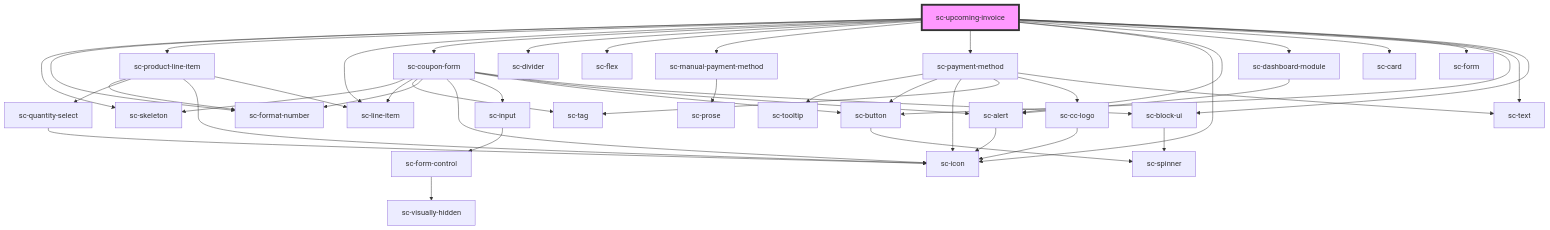
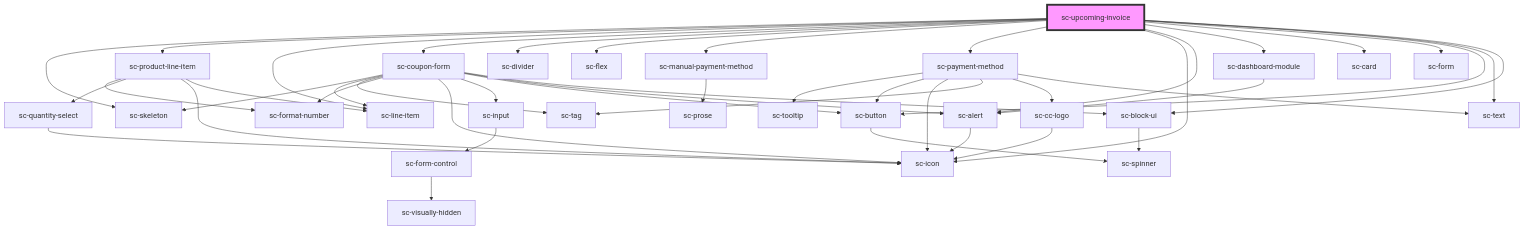
The diagram in packages/components/src/components/controllers/dashboard/upcoming-invoice/readme.md (surecart/surecart-wp-plugin), drawn with Mermaid before and after one commit. The commit also changed other lines of this file and 37 other files, not shown here.

````diff
--- a/packages/components/src/components/controllers/dashboard/upcoming-invoice/readme.md
+++ b/packages/components/src/components/controllers/dashboard/upcoming-invoice/readme.md
@@ -47,49 +46,48 @@
 ```mermaid
 graph TD;
   sc-upcoming-invoice --> sc-skeleton
-  sc-upcoming-invoice --> sc-format-number
   sc-upcoming-invoice --> sc-product-line-item
   sc-upcoming-invoice --> sc-line-item
   sc-upcoming-invoice --> sc-coupon-form
   sc-upcoming-invoice --> sc-divider
   sc-upcoming-invoice --> sc-flex
   sc-upcoming-invoice --> sc-manual-payment-method
   sc-upcoming-invoice --> sc-payment-method
   sc-upcoming-invoice --> sc-icon
   sc-upcoming-invoice --> sc-alert
   sc-upcoming-invoice --> sc-dashboard-module
   sc-upcoming-invoice --> sc-card
   sc-upcoming-invoice --> sc-form
   sc-upcoming-invoice --> sc-button
   sc-upcoming-invoice --> sc-text
   sc-upcoming-invoice --> sc-block-ui
   sc-product-line-item --> sc-format-number
   sc-product-line-item --> sc-quantity-select
   sc-product-line-item --> sc-icon
   sc-product-line-item --> sc-line-item
   sc-quantity-select --> sc-icon
   sc-coupon-form --> sc-skeleton
   sc-coupon-form --> sc-line-item
   sc-coupon-form --> sc-tag
   sc-coupon-form --> sc-format-number
   sc-coupon-form --> sc-icon
   sc-coupon-form --> sc-input
   sc-coupon-form --> sc-button
   sc-coupon-form --> sc-alert
   sc-coupon-form --> sc-block-ui
   sc-input --> sc-form-control
   sc-form-control --> sc-visually-hidden
   sc-button --> sc-spinner
   sc-alert --> sc-icon
   sc-block-ui --> sc-spinner
   sc-manual-payment-method --> sc-prose
   sc-payment-method --> sc-tooltip
   sc-payment-method --> sc-button
   sc-payment-method --> sc-icon
   sc-payment-method --> sc-tag
   sc-payment-method --> sc-cc-logo
   sc-payment-method --> sc-text
   sc-cc-logo --> sc-icon
   sc-dashboard-module --> sc-alert
   style sc-upcoming-invoice fill:#f9f,stroke:#333,stroke-width:4px
 ```
````
